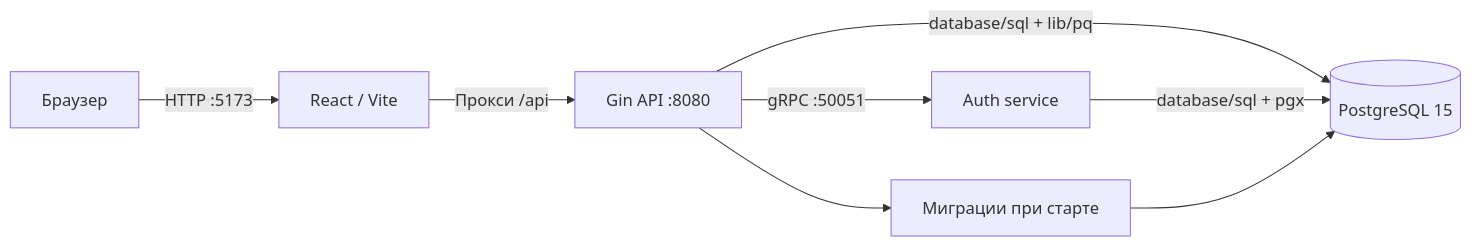
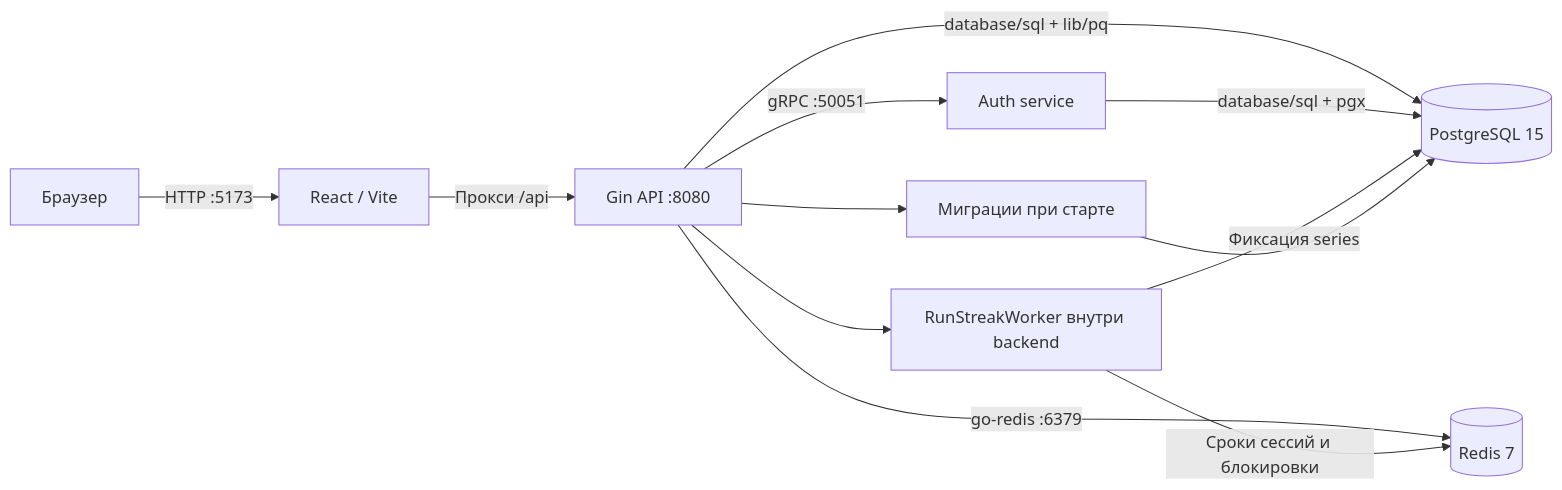
Before and after one commit to Evgeniy-Programming/TradeYourExp: the diagram in README.md, drawn with Mermaid. The commit also changed other lines of this file, not shown here.

````diff
--- a/README.md
+++ b/README.md
@@ -42,10 +42,14 @@
 ```mermaid
 flowchart LR
     Browser[Браузер] -->|HTTP :5173| Frontend[React / Vite]
     Frontend -->|Прокси /api| API[Gin API :8080]
     API -->|gRPC :50051| Auth[Auth service]
     API -->|database/sql + lib/pq| DB[(PostgreSQL 15)]
     Auth -->|database/sql + pgx| DB
+    API -->|go-redis :6379| Redis[(Redis 7)]
+    API --> Worker[RunStreakWorker внутри backend]
+    Worker -->|Сроки сессий и блокировки| Redis
+    Worker -->|Фиксация series| DB
     API --> Migrations[Миграции при старте]
     Migrations --> DB
 ```
````
